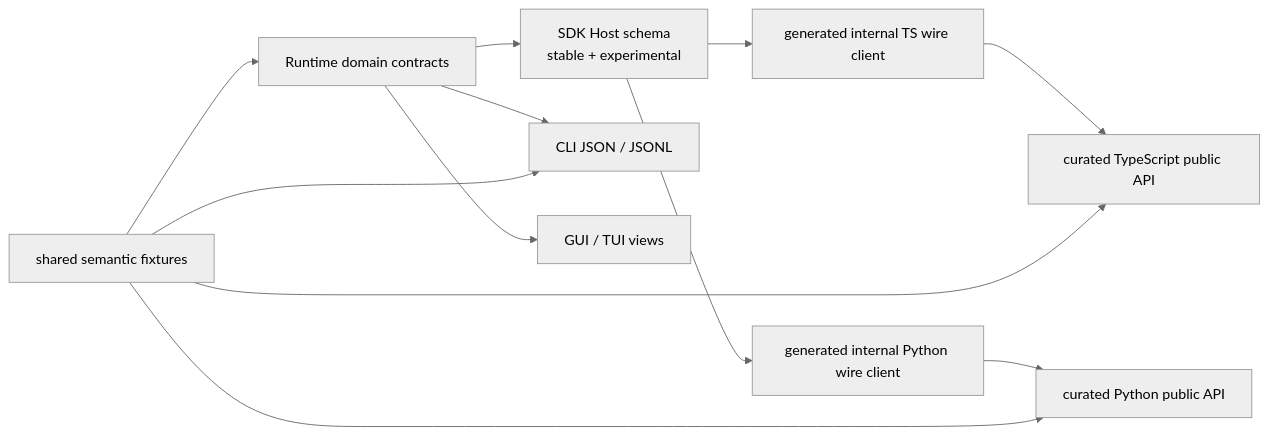
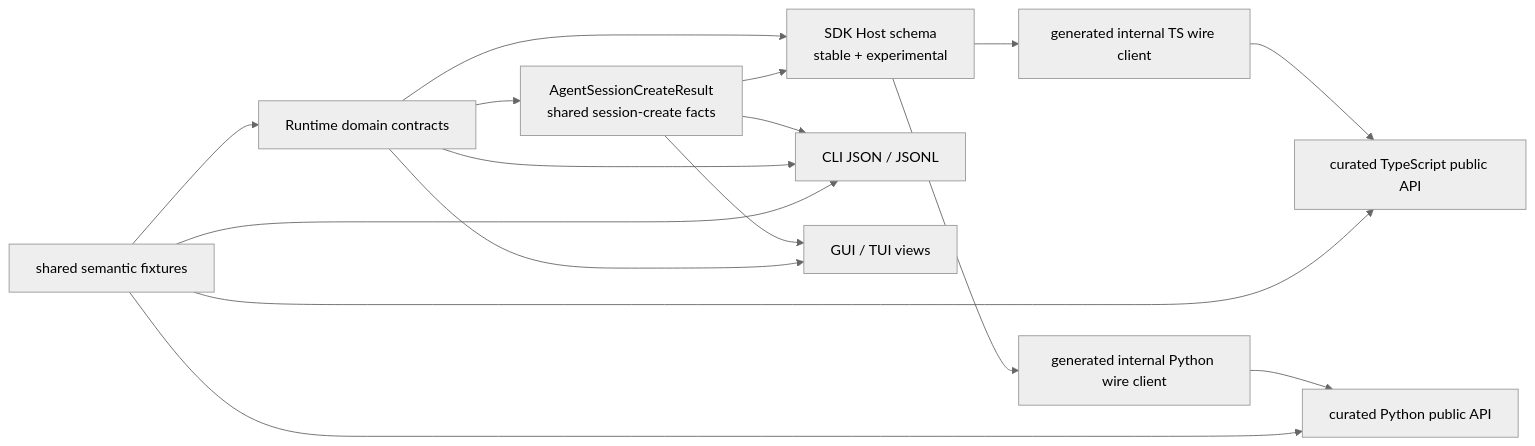
Before and after one commit to 1688mengdie/BitFun: the ninth of 11 diagrams in docs/architecture/agent-sdk-product-architecture.md, drawn with Mermaid (neutral theme). The commit also changed other lines of this file and 65 other files, not shown here.

````diff
--- a/docs/architecture/agent-sdk-product-architecture.md
+++ b/docs/architecture/agent-sdk-product-architecture.md
@@ -481,15 +486,19 @@
 ```mermaid
 flowchart LR
   Runtime["Runtime domain contracts"] --> HostSchema["SDK Host schema\nstable + experimental"]
+  Runtime --> SessionCreate["AgentSessionCreateResult\nshared session-create facts"]
+  SessionCreate --> HostSchema
+  SessionCreate --> CLIProjection
+  SessionCreate --> UIProjection
   HostSchema --> TSClient["generated internal TS wire client"]
   HostSchema --> PyClient["generated internal Python wire client"]
   TSClient --> TSApi["curated TypeScript public API"]
   PyClient --> PyApi["curated Python public API"]
   Runtime --> CLIProjection["CLI JSON / JSONL"]
   Runtime --> UIProjection["GUI / TUI views"]
 
   Fixtures["shared semantic fixtures"] --> Runtime
   Fixtures --> TSApi
   Fixtures --> PyApi
   Fixtures --> CLIProjection
 ```
````
